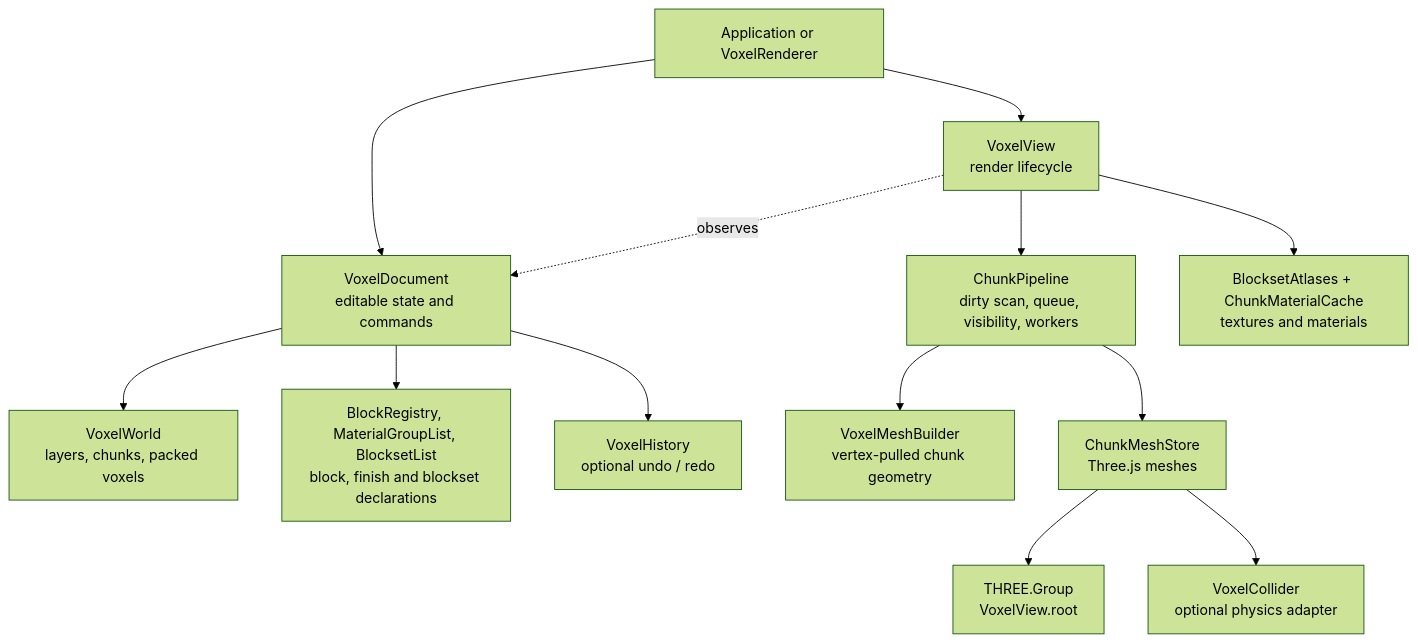
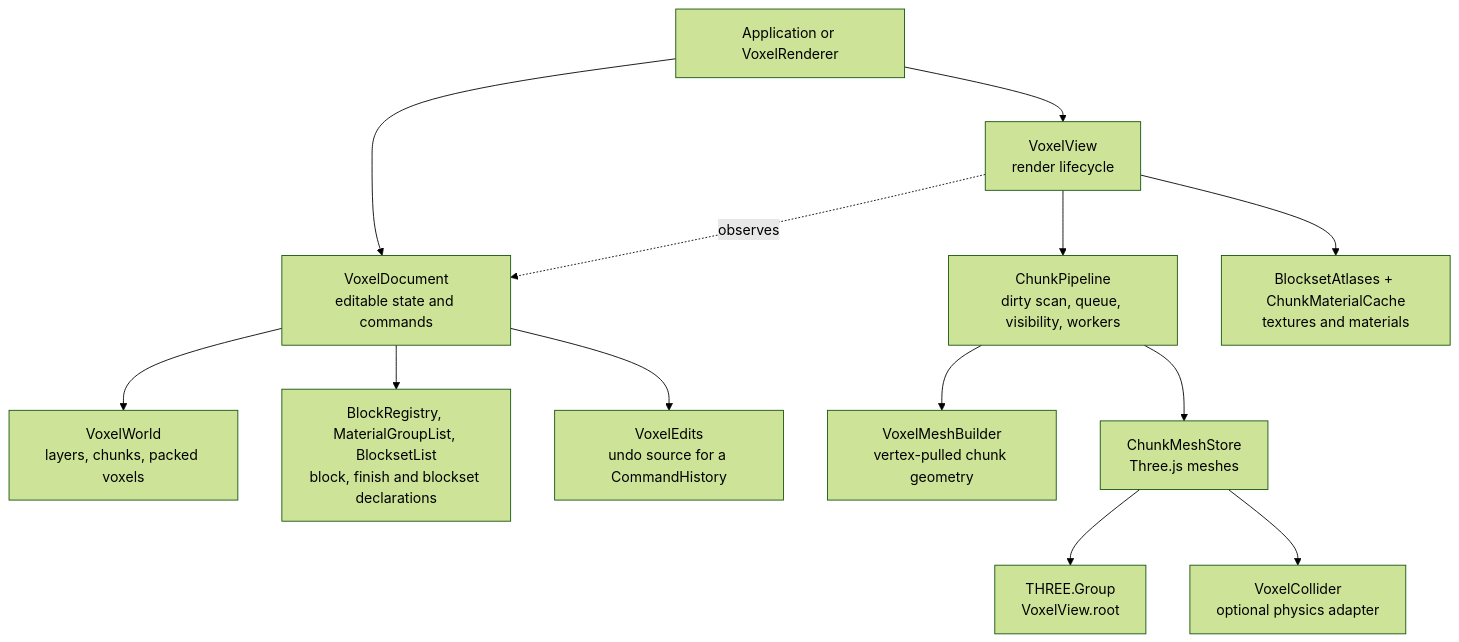
The first of 4 diagrams in packages/voxel-renderer/ARCHITECTURE.md (JollyPixel/editor), drawn with Mermaid (forest theme) before and after one commit. The commit also changed other lines of this file and 221 other files, not shown here.

````diff
--- a/packages/voxel-renderer/ARCHITECTURE.md
+++ b/packages/voxel-renderer/ARCHITECTURE.md
@@ -12,17 +12,17 @@
 ```mermaid
 flowchart TB
     App["Application or VoxelRenderer"] --> Document["VoxelDocument<br/>editable state and commands"]
     App --> View["VoxelView<br/>render lifecycle"]
     View -. "observes" .-> Document
 
     Document --> World["VoxelWorld<br/>layers, chunks, packed voxels"]
     Document --> Definitions["BlockRegistry, MaterialGroupList, BlocksetList<br/>block, finish and blockset declarations"]
-    Document --> History["VoxelHistory<br/>optional undo / redo"]
+    Document --> History["VoxelEdits<br/>undo source for a CommandHistory"]
 
     View --> Pipeline["ChunkPipeline<br/>dirty scan, queue, visibility, workers"]
     View --> Atlases["BlocksetAtlases + ChunkMaterialCache<br/>textures and materials"]
     Pipeline --> Builder["VoxelMeshBuilder<br/>vertex-pulled chunk geometry"]
     Pipeline --> Store["ChunkMeshStore<br/>Three.js meshes"]
     Store --> Root["THREE.Group<br/>VoxelView.root"]
     Store --> Collider["VoxelCollider<br/>optional physics adapter"]
 ```
````
